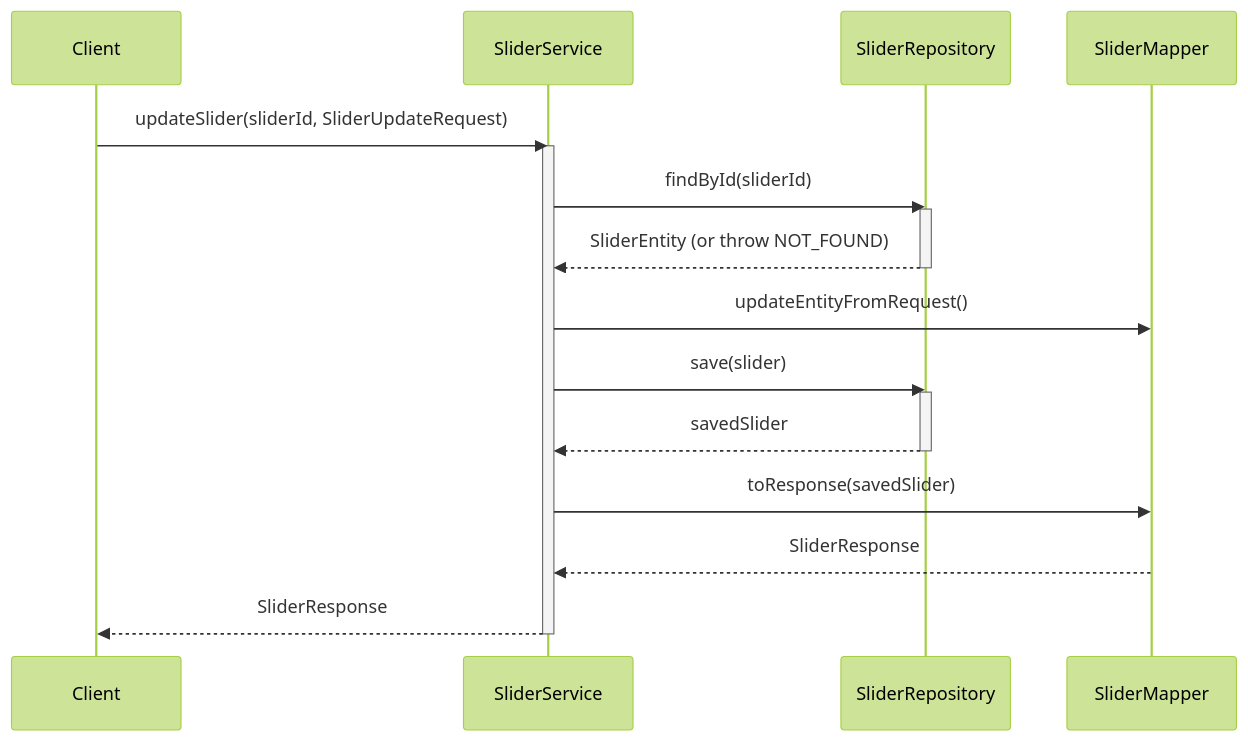
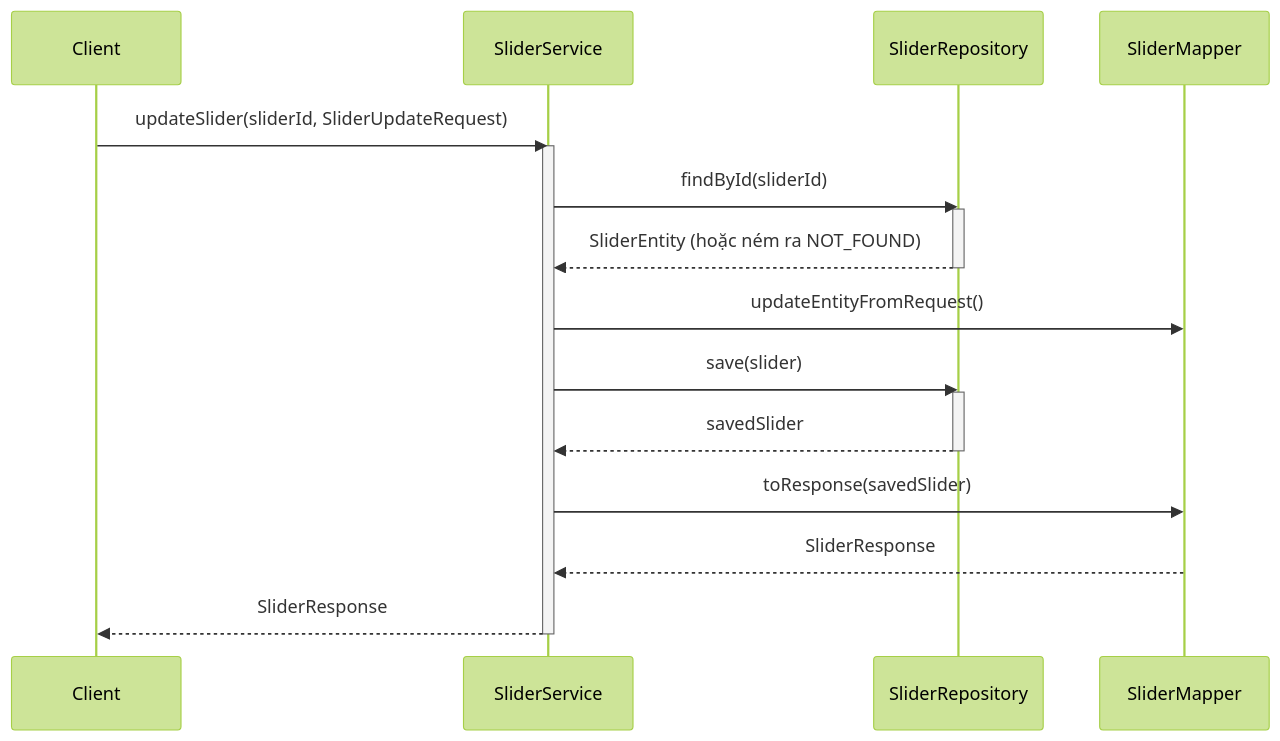
Before and after one commit to aquoc09/easymall: the second of 5 diagrams in .agent/sequence/slider_service_sequence_diagrams.md, drawn with Mermaid (forest theme). The commit also changed other lines of this file and 18 other files, not shown here.

Commit message:
UPDATE: Sequence diagram vietnamese

````diff
--- a/.agent/sequence/slider_service_sequence_diagrams.md
+++ b/.agent/sequence/slider_service_sequence_diagrams.md
@@ -34,28 +34,28 @@
 ```mermaid
 sequenceDiagram
     participant Client
     participant SliderService
     participant SliderRepository
     participant SliderMapper
 
     Client->>SliderService: updateSlider(sliderId, SliderUpdateRequest)
     activate SliderService
 
     SliderService->>SliderRepository: findById(sliderId)
     activate SliderRepository
-    SliderRepository-->>SliderService: SliderEntity (or throw NOT_FOUND)
+    SliderRepository-->>SliderService: SliderEntity (hoặc ném ra NOT_FOUND)
     deactivate SliderRepository
 
     SliderService->>SliderMapper: updateEntityFromRequest()
 
     SliderService->>SliderRepository: save(slider)
     activate SliderRepository
     SliderRepository-->>SliderService: savedSlider
     deactivate SliderRepository
 
     SliderService->>SliderMapper: toResponse(savedSlider)
     SliderMapper-->>SliderService: SliderResponse
     
     SliderService-->>Client: SliderResponse
     deactivate SliderService
 ```
````
